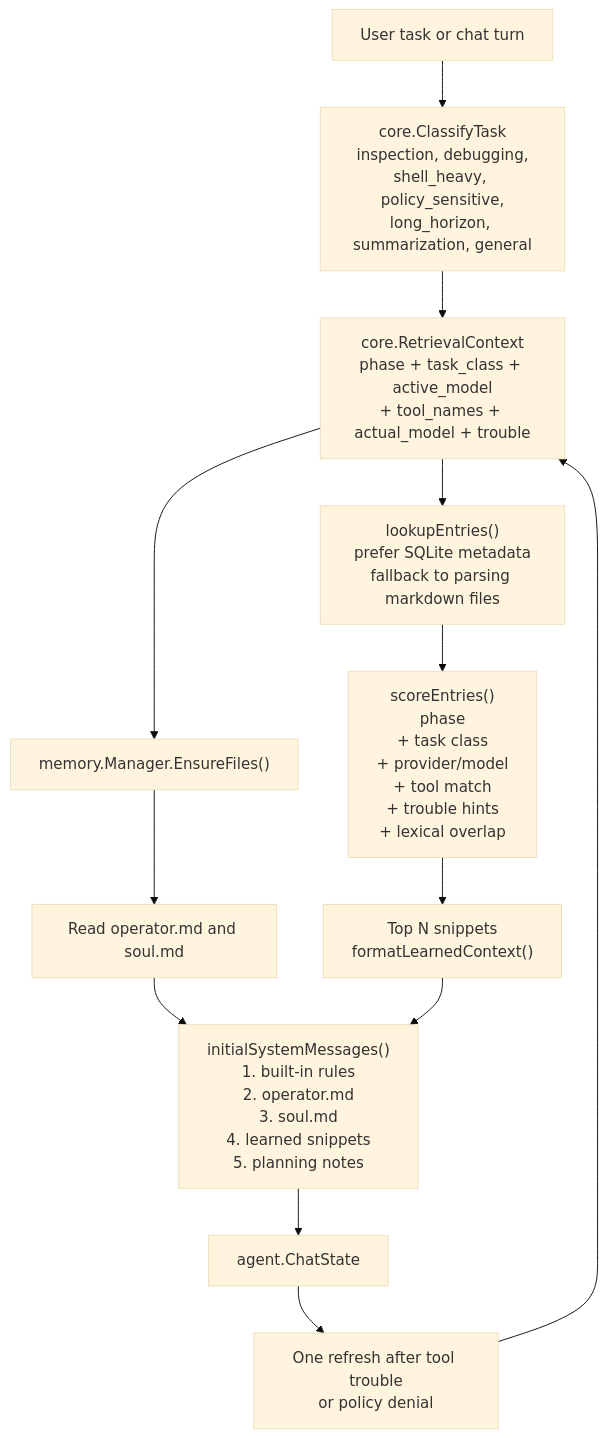
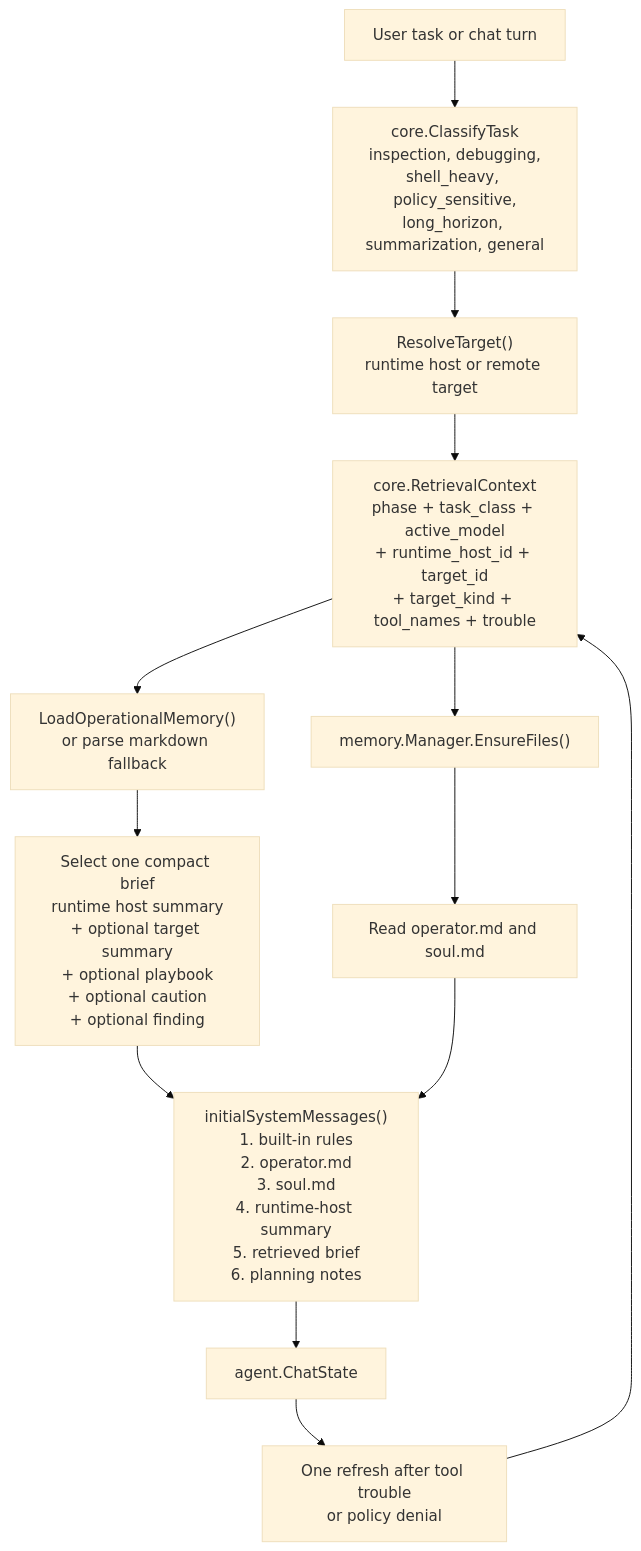
The second of 8 diagrams in docs/project-visual-guide.md (Glebenator/CvkeHarness), drawn with Mermaid (base theme) before and after one commit. The commit also changed other lines of this file and 10 other files, not shown here.

First line of the commit message:
Enhance CvkeHarness memory model with target-aware operational memory

````diff
--- a/docs/project-visual-guide.md
+++ b/docs/project-visual-guide.md
@@ -64,22 +68,21 @@
 ```mermaid
 flowchart TD
     task["User task or chat turn"]
     classify["core.ClassifyTask\ninspection, debugging,\nshell_heavy, policy_sensitive,\nlong_horizon, summarization, general"]
-    retrieval["core.RetrievalContext\nphase + task_class + active_model\n+ tool_names + actual_model + trouble"]
+    resolve["ResolveTarget()\nruntime host or remote target"]
+    retrieval["core.RetrievalContext\nphase + task_class + active_model\n+ runtime_host_id + target_id\n+ target_kind + tool_names + trouble"]
     ensure["memory.Manager.EnsureFiles()"]
     files["Read operator.md and soul.md"]
-    lookup["lookupEntries()\nprefer SQLite metadata\nfallback to parsing markdown files"]
-    score["scoreEntries()\nphase\n+ task class\n+ provider/model\n+ tool match\n+ trouble hints\n+ lexical overlap"]
-    learned["Top N snippets\nformatLearnedContext()"]
-    stack["initialSystemMessages()\n1. built-in rules\n2. operator.md\n3. soul.md\n4. learned snippets\n5. planning notes"]
+    stateLoad["LoadOperationalMemory()\nor parse markdown fallback"]
+    rank["Select one compact brief\nruntime host summary\n+ optional target summary\n+ optional playbook\n+ optional caution\n+ optional finding"]
+    stack["initialSystemMessages()\n1. built-in rules\n2. operator.md\n3. soul.md\n4. runtime-host summary\n5. retrieved brief\n6. planning notes"]
     chat["agent.ChatState"]
     refresh["One refresh after tool trouble\nor policy denial"]
 
-    task --> classify --> retrieval
+    task --> classify --> resolve --> retrieval
     retrieval --> ensure --> files
-    retrieval --> lookup --> score --> learned
-    files --> stack
-    learned --> stack --> chat
+    retrieval --> stateLoad --> rank --> stack
+    files --> stack --> chat
     chat --> refresh
     refresh --> retrieval
 ```
````
